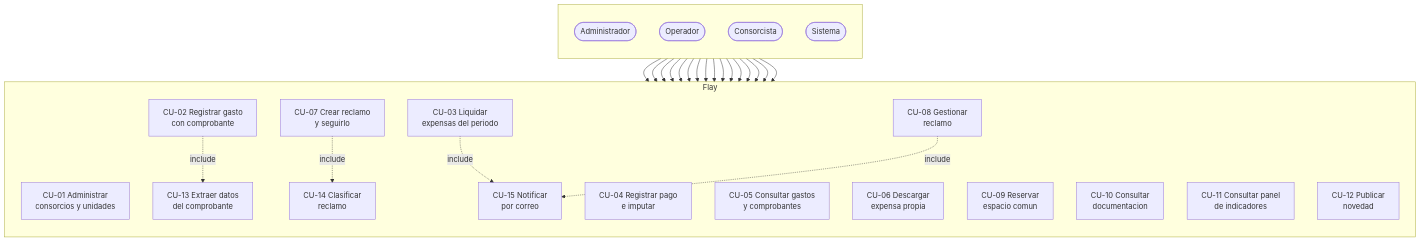
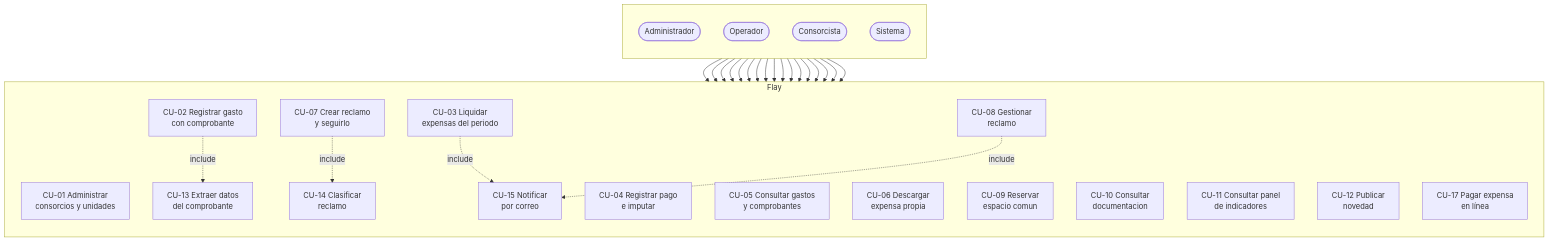
Before and after one commit to Marchee72/flay-proyecto-final: the third of 8 diagrams in docs/entrega-3/12-diseno.md, drawn with Mermaid. The commit also changed other lines of this file and 25 other files, not shown here.

````diff
--- a/docs/entrega-3/12-diseno.md
+++ b/docs/entrega-3/12-diseno.md
@@ -149,51 +149,53 @@
 ```mermaid
 flowchart TB
     subgraph ACT[" "]
         direction TB
         ADM(["Administrador"])
         OPE(["Operador"])
         CON(["Consorcista"])
         SIS(["Sistema"])
     end
 
     subgraph SISTEMA["Flay"]
         direction TB
         CU01["CU-01 Administrar<br/>consorcios y unidades"]
         CU02["CU-02 Registrar gasto<br/>con comprobante"]
         CU03["CU-03 Liquidar<br/>expensas del periodo"]
         CU04["CU-04 Registrar pago<br/>e imputar"]
         CU05["CU-05 Consultar gastos<br/>y comprobantes"]
         CU06["CU-06 Descargar<br/>expensa propia"]
         CU07["CU-07 Crear reclamo<br/>y seguirlo"]
         CU08["CU-08 Gestionar<br/>reclamo"]
         CU09["CU-09 Reservar<br/>espacio comun"]
         CU10["CU-10 Consultar<br/>documentacion"]
         CU11["CU-11 Consultar panel<br/>de indicadores"]
         CU12["CU-12 Publicar<br/>novedad"]
         CU13["CU-13 Extraer datos<br/>del comprobante"]
         CU14["CU-14 Clasificar<br/>reclamo"]
         CU15["CU-15 Notificar<br/>por correo"]
+        CU17["CU-17 Pagar expensa<br/>en línea"]
     end
 
     ADM --> CU01
     ADM --> CU03
     ADM --> CU11
     ADM --> CU08
     OPE --> CU02
     OPE --> CU04
     OPE --> CU08
     OPE --> CU12
     CON --> CU05
     CON --> CU06
     CON --> CU07
     CON --> CU09
     CON --> CU10
+    CON --> CU17
     SIS --> CU13
     SIS --> CU14
     SIS --> CU15
 
     CU02 -.->|include| CU13
     CU07 -.->|include| CU14
     CU03 -.->|include| CU15
     CU08 -.->|include| CU15
 ```
````
